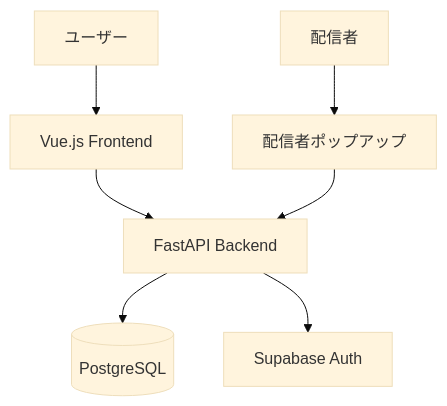
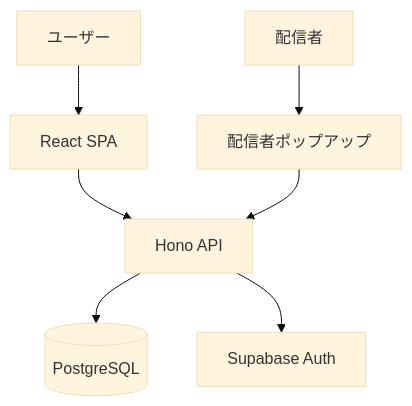
Before and after one commit to krtw00/duel-log-app: the diagram in README.md, drawn with Mermaid (base theme). The commit also changed other lines of this file and 3 other files, not shown here.

````diff
--- a/README.md
+++ b/README.md
@@ -28,9 +29,9 @@
 ```mermaid
 flowchart TB
-    User[ユーザー] --> Frontend[Vue.js Frontend]
+    User[ユーザー] --> Web[React SPA]
     Streamer[配信者] --> Popup[配信者ポップアップ]
-    Frontend --> Backend[FastAPI Backend]
-    Popup --> Backend
-    Backend --> DB[(PostgreSQL)]
-    Backend --> Auth[Supabase Auth]
+    Web --> API[Hono API]
+    Popup --> API
+    API --> DB[(PostgreSQL)]
+    API --> Auth[Supabase Auth]
 ```
````
